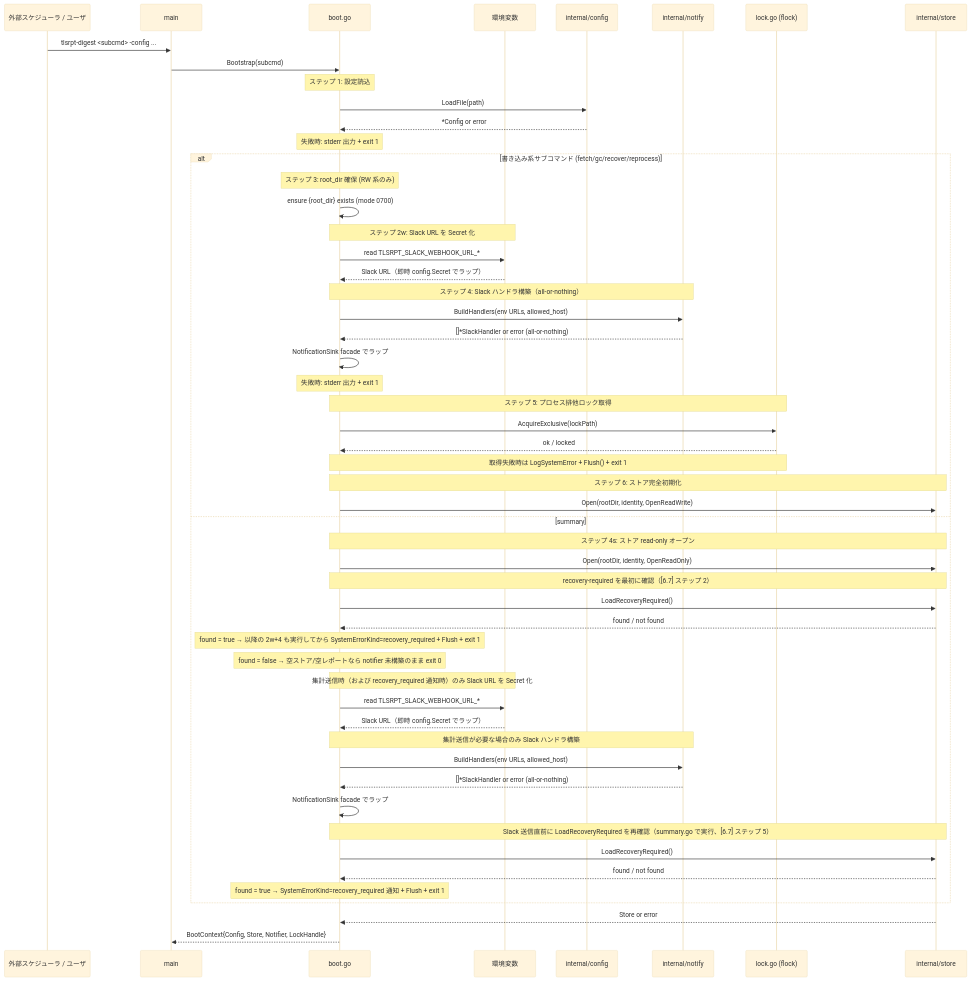
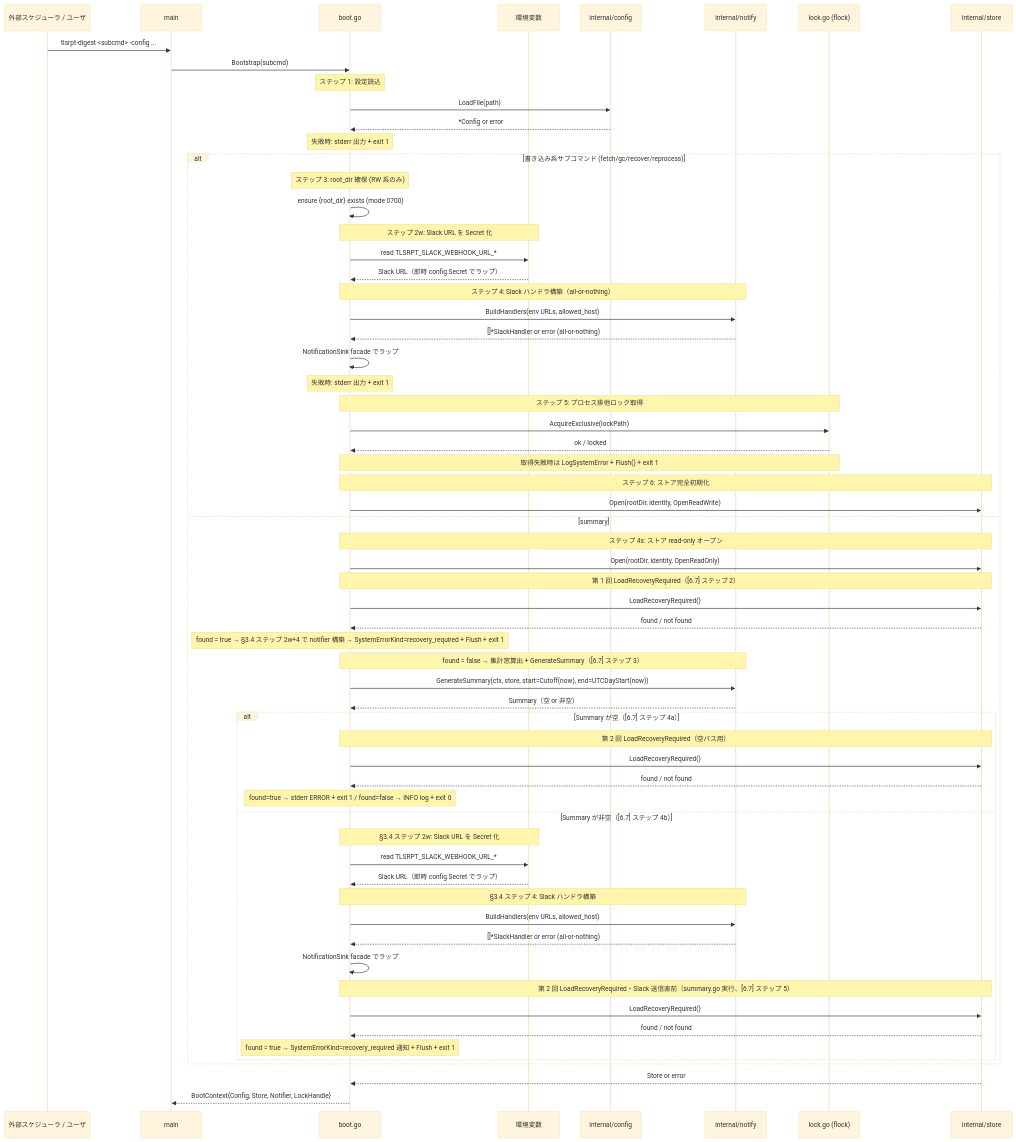
One commit to isseis/tlsrpt-digest changed the fifth of 12 diagrams in docs/tasks/0070_entrypoint/02_architecture.md. Above: the diagram before and after it, drawn with Mermaid (base theme).

Commit message:
docs(task 0070): align §2.2 sequence diagram with §3.4/§6.7 summary flow
The summary else-branch was missing GenerateSummary and placed env-read
+ BuildHandlers unconditionally — contradicting §3.4 and §6.7 which both
specify that notifier construction is deferred until after GenerateSummary
confirms a non-empty result.

Changes:
- Add GenerateSummary call to the summary else-branch (B->>N, N-->>B)
- Add inner alt block splitting empty vs non-empty paths:
  - Empty (step 4a): second LoadRecoveryRequired inline; stderr ERROR if
    found=true, INFO log + exit 0 if found=false
  - Non-empty (step 4b): env-read + BuildHandlers + NotificationSink
    facade + second LoadRecoveryRequired (step 5)
- Label the two LoadRecoveryRequired calls as "第 1 回" and "第 2 回"
  with path annotations to match §3.3/§6.7 terminology

````diff
--- a/docs/tasks/0070_entrypoint/02_architecture.md
+++ b/docs/tasks/0070_entrypoint/02_architecture.md
@@ -179,57 +179,66 @@
 ```mermaid
 sequenceDiagram
     participant U as 外部スケジューラ / ユーザ
     participant M as main
     participant B as boot.go
     participant ENV as 環境変数
     participant CFG as internal/config
     participant N as internal/notify
     participant L as lock.go (flock)
     participant S as internal/store
 
     U->>M: tlsrpt-digest <subcmd> -config ...
     M->>B: Bootstrap(subcmd)
     Note over B: ステップ 1: 設定読込
     B->>CFG: LoadFile(path)
     CFG-->>B: *Config or error
     Note over B: 失敗時: stderr 出力 + exit 1
     alt 書き込み系サブコマンド (fetch/gc/recover/reprocess)
         Note over B: ステップ 3: root_dir 確保 (RW 系のみ)
         B->>B: ensure {root_dir} exists (mode 0700)
         Note over B,ENV: ステップ 2w: Slack URL を Secret 化
         B->>ENV: read TLSRPT_SLACK_WEBHOOK_URL_*
         ENV-->>B: Slack URL（即時 config.Secret でラップ）
         Note over B,N: ステップ 4: Slack ハンドラ構築（all-or-nothing）
         B->>N: BuildHandlers(env URLs, allowed_host)
         N-->>B: []*SlackHandler or error (all-or-nothing)
         B->>B: NotificationSink facade でラップ
         Note over B: 失敗時: stderr 出力 + exit 1
         Note over B,L: ステップ 5: プロセス排他ロック取得
         B->>L: AcquireExclusive(lockPath)
         L-->>B: ok / locked
         Note over B,L: 取得失敗時は LogSystemError + Flush() + exit 1
         Note over B,S: ステップ 6: ストア完全初期化
         B->>S: Open(rootDir, identity, OpenReadWrite)
     else summary
         Note over B,S: ステップ 4s: ストア read-only オープン
         B->>S: Open(rootDir, identity, OpenReadOnly)
-        Note over B,S: recovery-required を最初に確認（[6.7] ステップ 2）
+        Note over B,S: 第 1 回 LoadRecoveryRequired（[6.7] ステップ 2）
         B->>S: LoadRecoveryRequired()
         S-->>B: found / not found
-        Note over B: found = true → 以降の 2w+4 も実行してから SystemErrorKind=recovery_required + Flush + exit 1
-        Note over B: found = false → 空ストア/空レポートなら notifier 未構築のまま exit 0
-        Note over B,ENV: 集計送信時（および recovery_required 通知時）のみ Slack URL を Secret 化
-        B->>ENV: read TLSRPT_SLACK_WEBHOOK_URL_*
-        ENV-->>B: Slack URL（即時 config.Secret でラップ）
-        Note over B,N: 集計送信が必要な場合のみ Slack ハンドラ構築
-        B->>N: BuildHandlers(env URLs, allowed_host)
-        N-->>B: []*SlackHandler or error (all-or-nothing)
-        B->>B: NotificationSink facade でラップ
-        Note over B,S: Slack 送信直前に LoadRecoveryRequired を再確認（summary.go で実行、[6.7] ステップ 5）
-        B->>S: LoadRecoveryRequired()
-        S-->>B: found / not found
-        Note over B: found = true → SystemErrorKind=recovery_required 通知 + Flush + exit 1
+        Note over B: found = true → §3.4 ステップ 2w+4 で notifier 構築 → SystemErrorKind=recovery_required + Flush + exit 1
+        Note over B,N: found = false → 集計窓算出 + GenerateSummary（[6.7] ステップ 3）
+        B->>N: GenerateSummary(ctx, store, start=Cutoff(now), end=UTCDayStart(now))
+        N-->>B: Summary（空 or 非空）
+        alt Summary が空（[6.7] ステップ 4a）
+            Note over B,S: 第 2 回 LoadRecoveryRequired（空パス用）
+            B->>S: LoadRecoveryRequired()
+            S-->>B: found / not found
+            Note over B: found=true → stderr ERROR + exit 1  /  found=false → INFO log + exit 0
+        else Summary が非空（[6.7] ステップ 4b）
+            Note over B,ENV: §3.4 ステップ 2w: Slack URL を Secret 化
+            B->>ENV: read TLSRPT_SLACK_WEBHOOK_URL_*
+            ENV-->>B: Slack URL（即時 config.Secret でラップ）
+            Note over B,N: §3.4 ステップ 4: Slack ハンドラ構築
+            B->>N: BuildHandlers(env URLs, allowed_host)
+            N-->>B: []*SlackHandler or error (all-or-nothing)
+            B->>B: NotificationSink facade でラップ
+            Note over B,S: 第 2 回 LoadRecoveryRequired・Slack 送信直前（summary.go 実行、[6.7] ステップ 5）
+            B->>S: LoadRecoveryRequired()
+            S-->>B: found / not found
+            Note over B: found = true → SystemErrorKind=recovery_required 通知 + Flush + exit 1
+        end
     end
     S-->>B: Store or error
     B-->>M: BootContext{Config, Store, Notifier, LockHandle}
 ```
````
